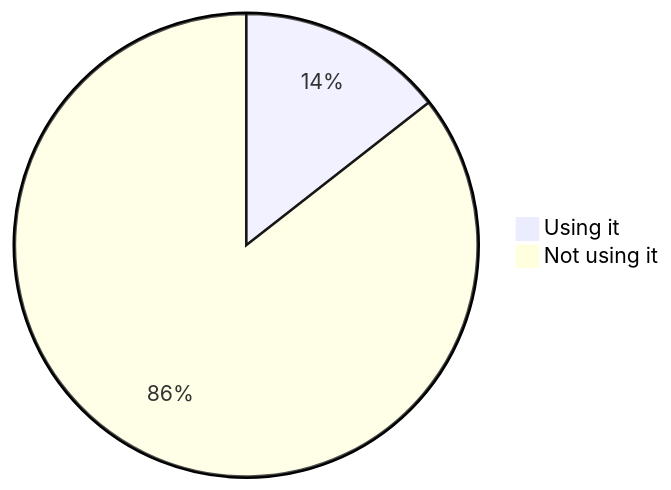
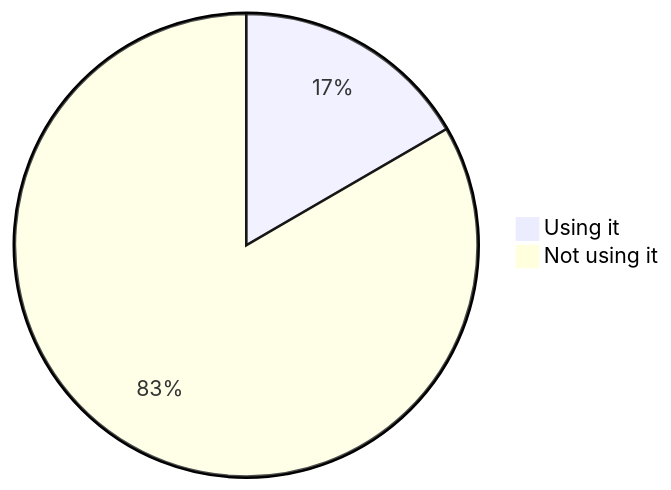
Before and after one commit to oshp/oshp-stats: the fourth of 22 diagrams in stats.md, drawn with Mermaid. The commit also changed other lines of this file, not shown here.

````diff
--- a/stats.md
+++ b/stats.md
@@ -46,6 +46,6 @@
 ```mermaid
 pie
-	"Using it" : 14.44
-	"Not using it" : 85.56
+	"Using it" : 16.63
+	"Not using it" : 83.37
 
 ```
````
